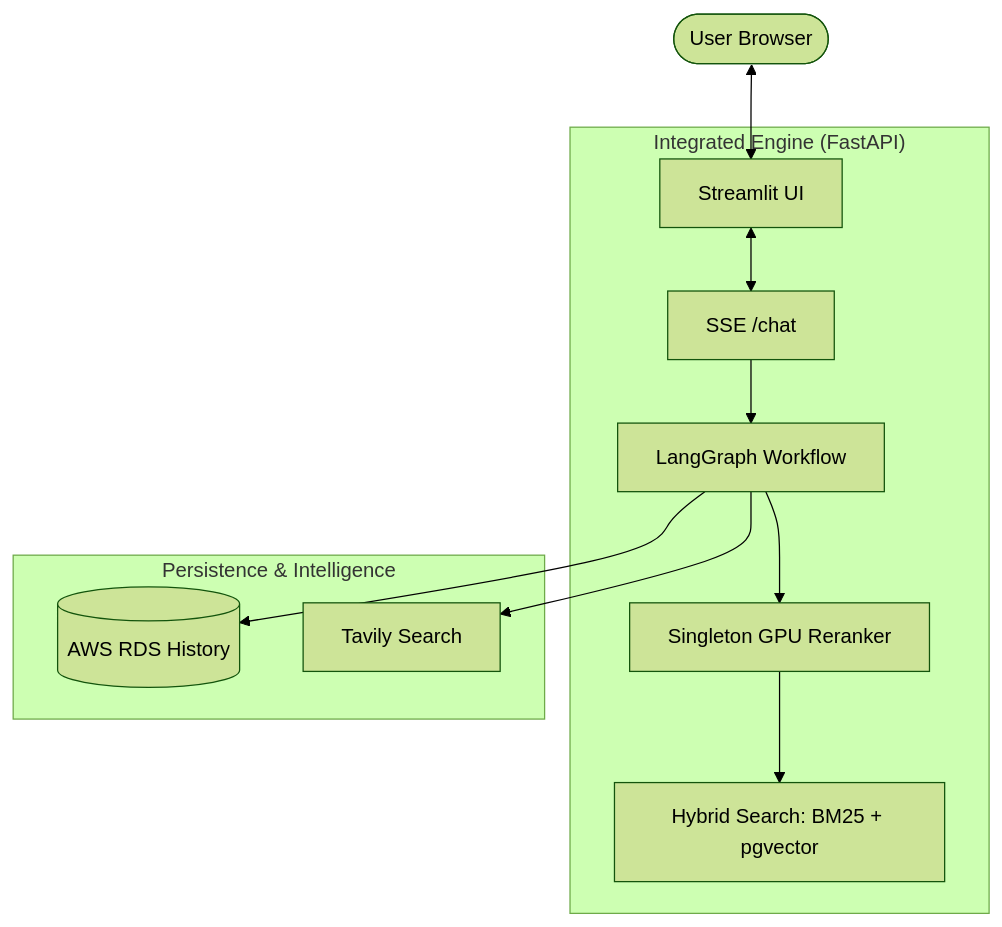
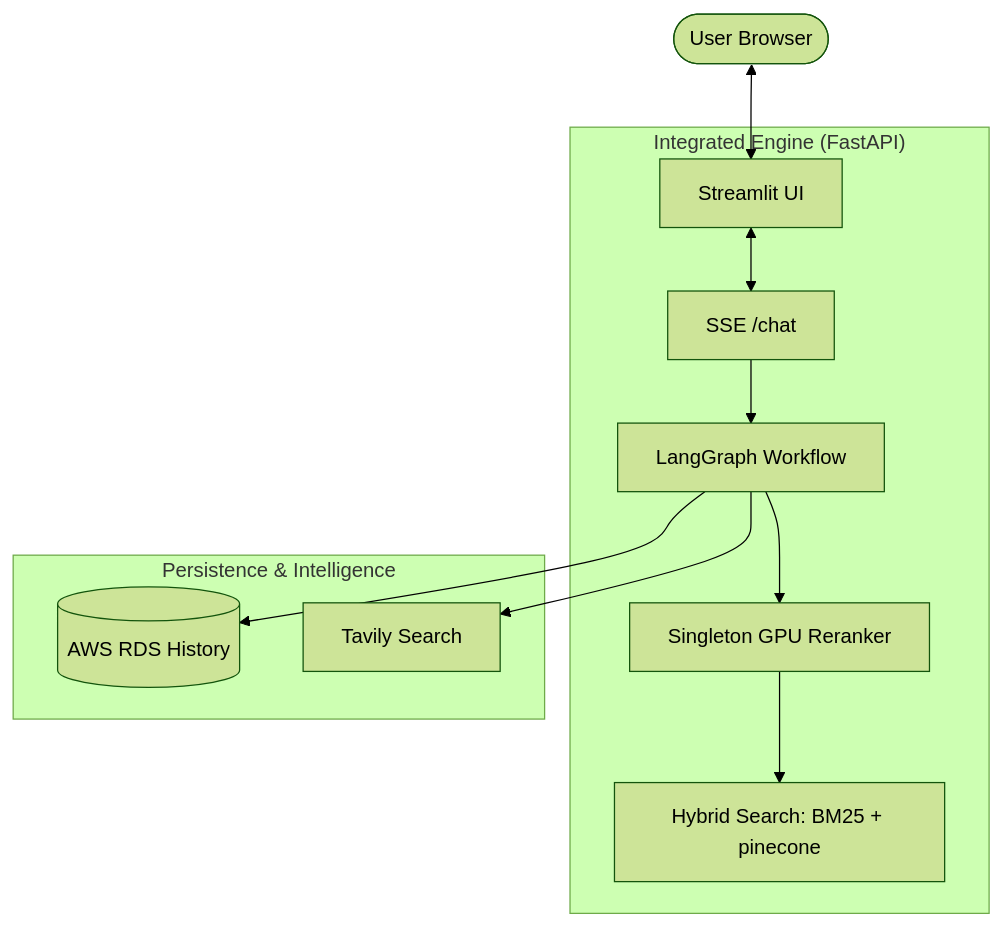
One commit to SKNETWORKS-FAMILY-AICAMP/SKN23-3rd-2TEAM changed the diagram in README.md. Above: the diagram before and after it, drawn with Mermaid (forest theme). The commit also changed other lines of this file, not shown here.

````diff
--- a/README.md
+++ b/README.md
@@ -7,16 +29,16 @@
 ```mermaid
 graph TD
     User([User Browser]) <--> FE[Streamlit UI]
     
     subgraph "Integrated Engine (FastAPI)"
         FE <--> API_Chat[SSE /chat]
         API_Chat --> Graph[LangGraph Workflow]
         Graph --> Reranker[Singleton GPU Reranker]
-        Reranker --> Hybrid[Hybrid Search: BM25 + pgvector]
+        Reranker --> Hybrid[Hybrid Search: BM25 + pinecone]
     end
     
     subgraph "Persistence & Intelligence"
         Graph --> History[(AWS RDS History)]
         Graph --> Web[Tavily Search]
     end
 ```
````
